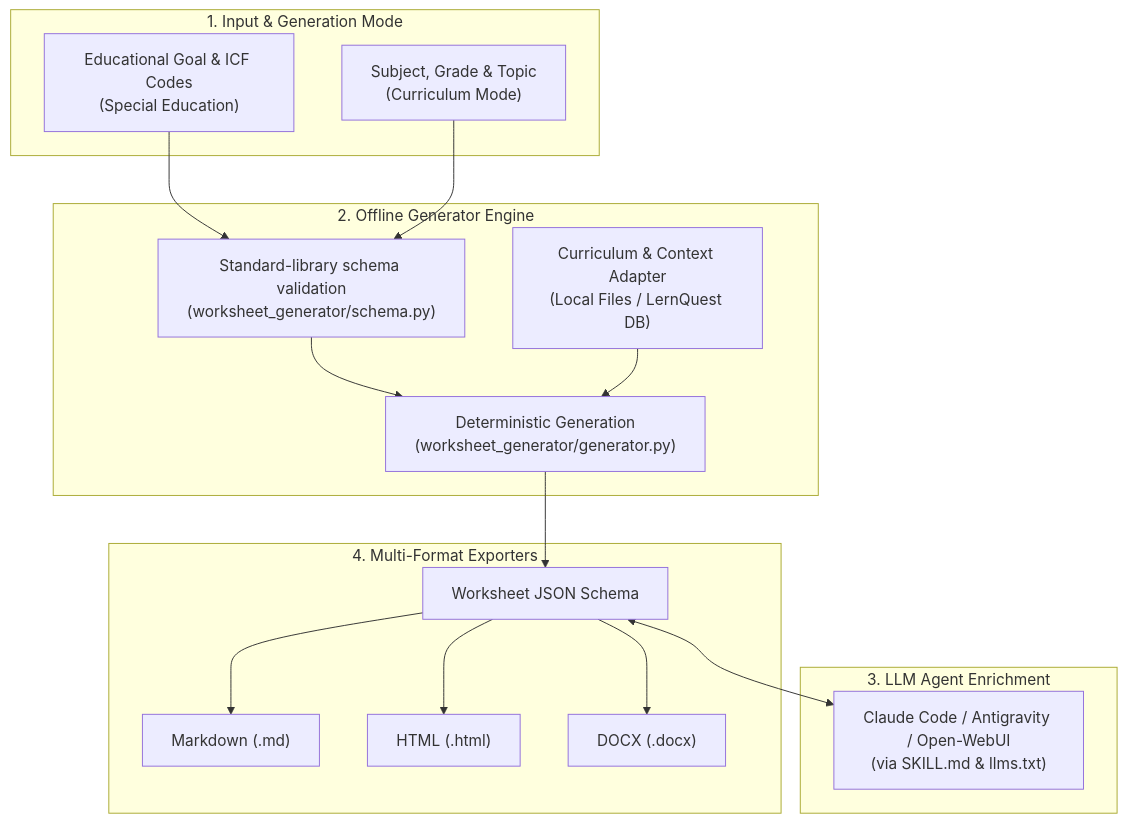
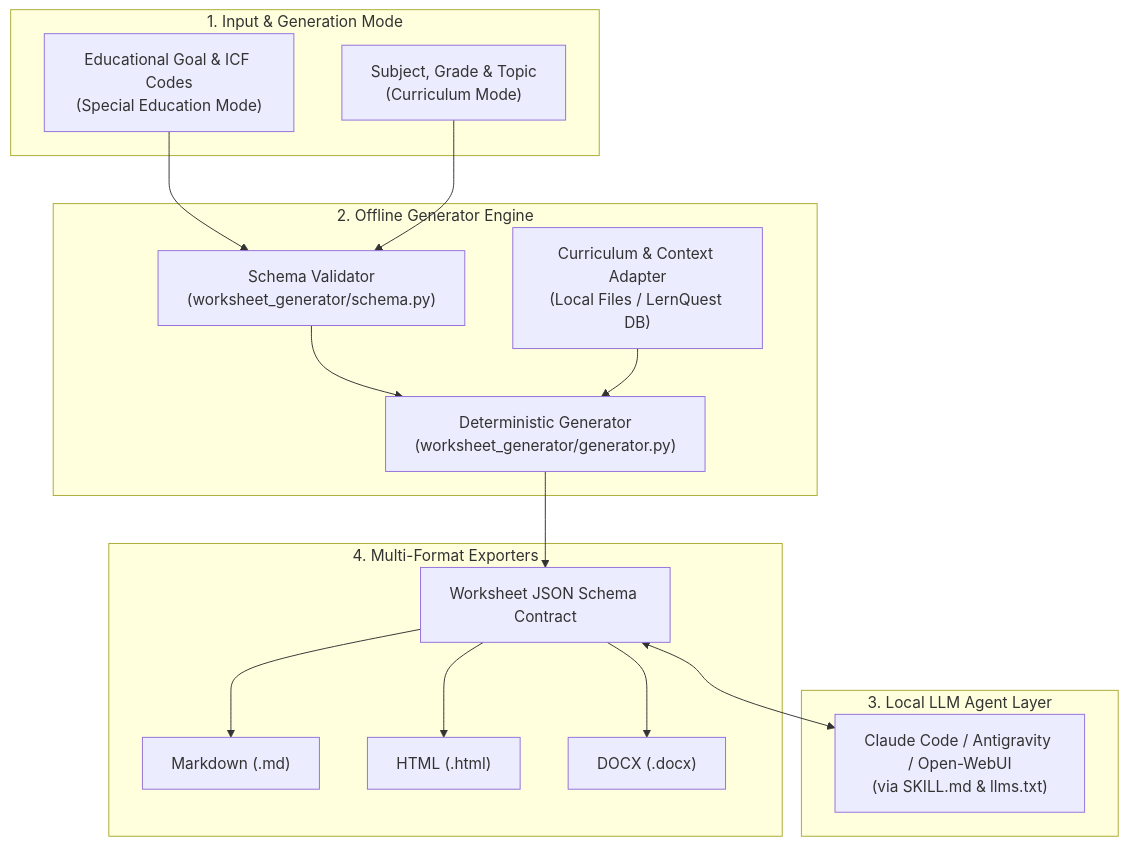
The first of 2 diagrams in README.md (ellmos-ai/worksheet-generator), drawn with Mermaid before and after one commit. The commit also changed other lines of this file and 6 other files, not shown here.

````diff
--- a/README.md
+++ b/README.md
@@ -110,34 +95,34 @@
 ```mermaid
 flowchart TD
     subgraph Inputs["1. Input & Generation Mode"]
-        A1["Educational Goal & ICF Codes<br/>(Special Education)"]
+        A1["Educational Goal & ICF Codes<br/>(Special Education Mode)"]
         A2["Subject, Grade & Topic<br/>(Curriculum Mode)"]
     end
 
     subgraph CoreEngine["2. Offline Generator Engine"]
-        B1["Standard-library schema validation<br/>(worksheet_generator/schema.py)"]
-        B2["Deterministic Generation<br/>(worksheet_generator/generator.py)"]
+        B1["Schema Validator<br/>(worksheet_generator/schema.py)"]
+        B2["Deterministic Generator<br/>(worksheet_generator/generator.py)"]
         B3["Curriculum & Context Adapter<br/>(Local Files / LernQuest DB)"]
     end
 
-    subgraph AgentLayer["3. LLM Agent Enrichment"]
+    subgraph AgentLayer["3. Local LLM Agent Layer"]
         E1["Claude Code / Antigravity / Open-WebUI<br/>(via SKILL.md & llms.txt)"]
     end
 
     subgraph OutputFormat["4. Multi-Format Exporters"]
-        C1["Worksheet JSON Schema"]
+        C1["Worksheet JSON Schema Contract"]
         D1["Markdown (.md)"]
         D2["HTML (.html)"]
         D3["DOCX (.docx)"]
     end
 
     A1 --> B1
     A2 --> B1
     B1 --> B2
     B3 --> B2
     B2 --> C1
     C1 <--> E1
     C1 --> D1
     C1 --> D2
     C1 --> D3
 ```
````
